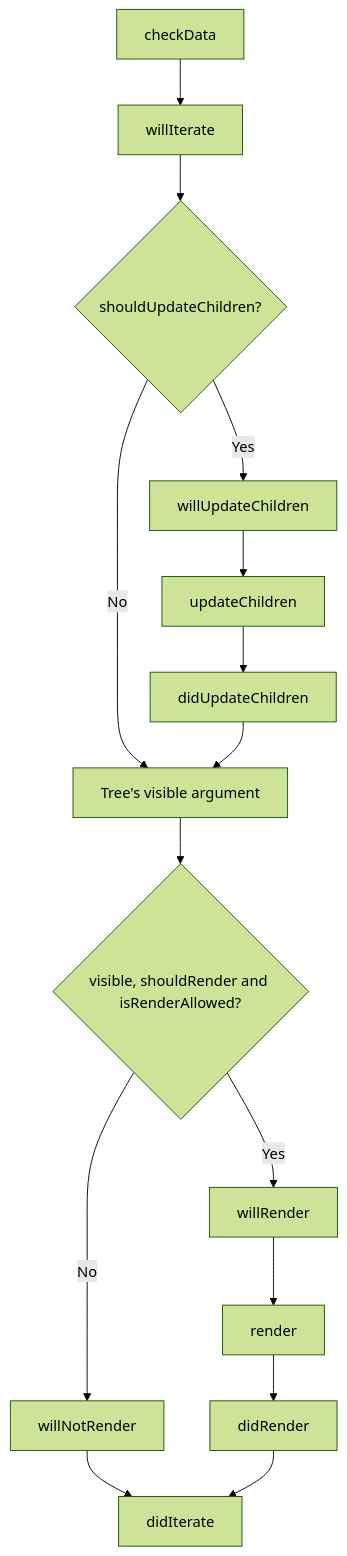
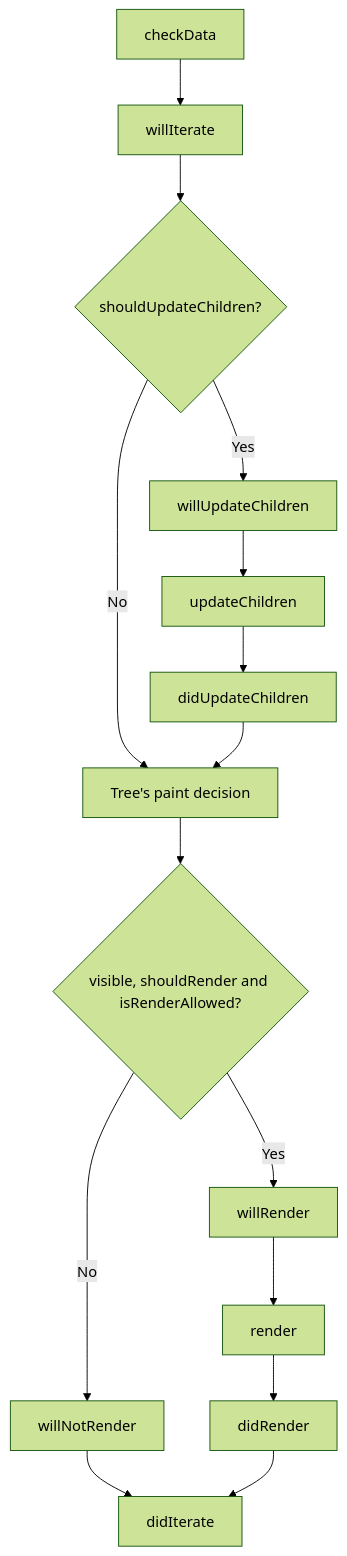
One commit to gravity-ui/graph changed the second of 2 diagrams in packages/graph/docs/system/component-lifecycle.md. Above: the diagram before and after it, drawn with Mermaid (forest theme). The commit also changed other lines of this file and 23 other files, not shown here.

First line of the commit message:
refactor(graph): pass the tree's frame decision on the node, iterate() takes no arguments

````diff
--- a/packages/graph/docs/system/component-lifecycle.md
+++ b/packages/graph/docs/system/component-lifecycle.md
@@ -72,17 +72,17 @@
    ```mermaid
    flowchart TD
        A[checkData] --> B[willIterate]
        B --> H{shouldUpdateChildren?}
        H -->|Yes| I[willUpdateChildren]
        I --> J[updateChildren]
        J --> K[didUpdateChildren]
-       H -->|No| V[Tree's visible argument]
+       H -->|No| V[Tree's paint decision]
        K --> V
        V --> C{visible, shouldRender and isRenderAllowed?}
        C -->|Yes| D[willRender]
        D --> E[render]
        E --> F[didRender]
        C -->|No| G[willNotRender]
        G --> L[didIterate]
        F --> L
    ```
````
